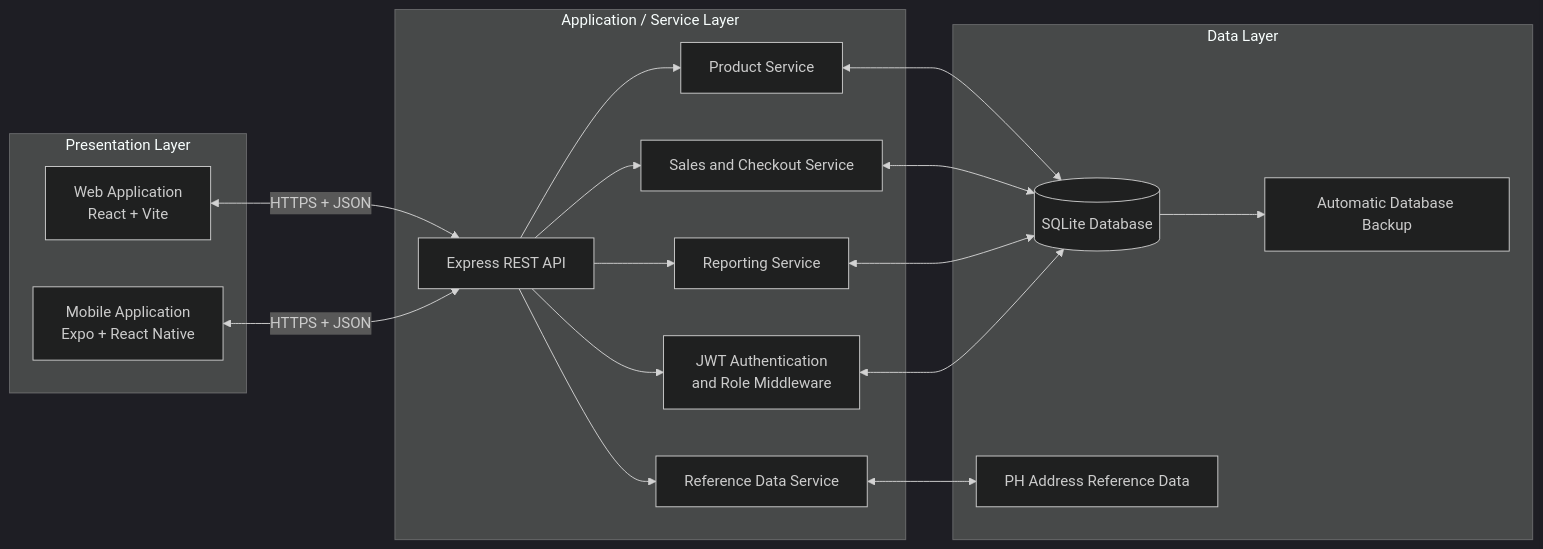
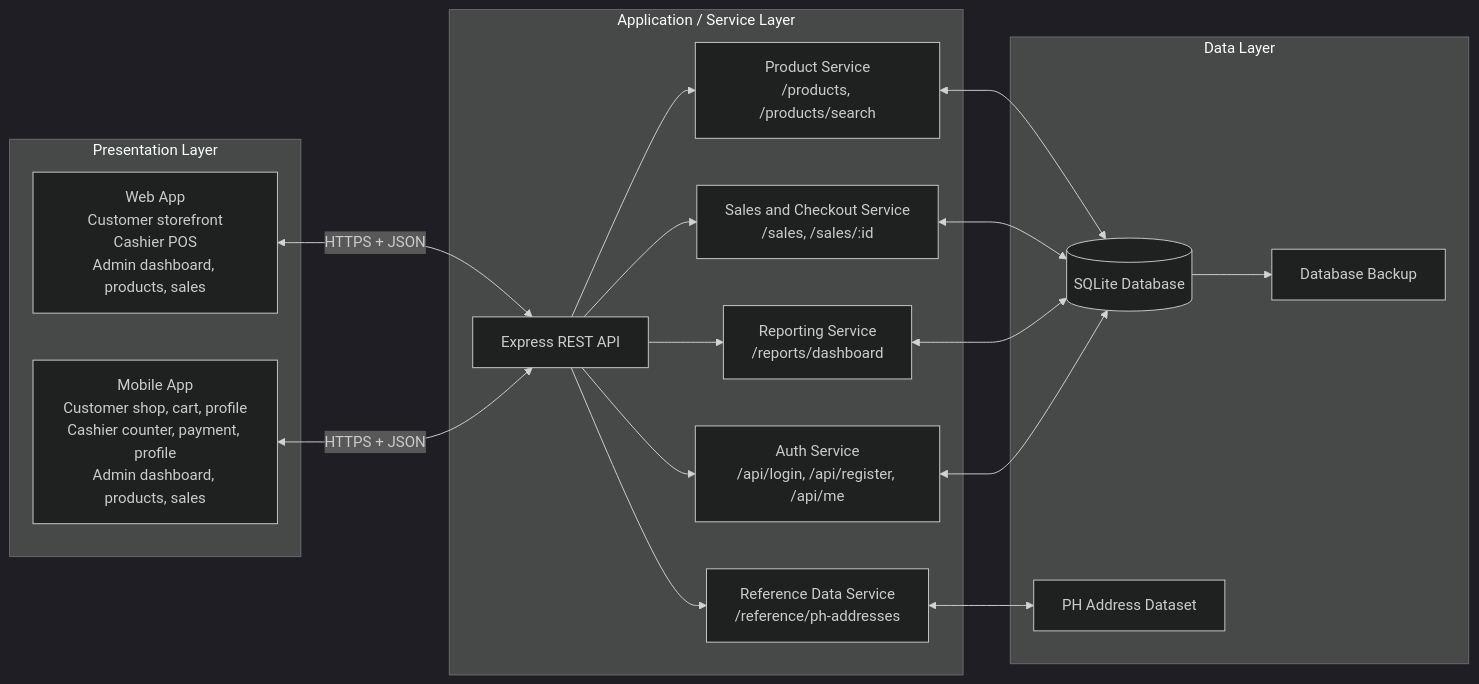
Before and after one commit to gabdomingo/pos_system: the diagram in docs/flowchart.mmd, drawn with Mermaid (dark theme). The commit also changed 107 other files, not shown here.

```diff
--- a/docs/flowchart.mmd
+++ b/docs/flowchart.mmd
@@ -1,36 +1,36 @@
 flowchart LR
     subgraph Presentation["Presentation Layer"]
-        Web["Web Application\nReact + Vite"]
-        Mobile["Mobile Application\nExpo + React Native"]
+        Web["Web App\nCustomer storefront\nCashier POS\nAdmin dashboard, products, sales"]
+        Mobile["Mobile App\nCustomer shop, cart, profile\nCashier counter, payment, profile\nAdmin dashboard, products, sales"]
     end
 
     subgraph Services["Application / Service Layer"]
         API["Express REST API"]
-        Auth["JWT Authentication\nand Role Middleware"]
-        Product["Product Service"]
-        Sale["Sales and Checkout Service"]
-        Report["Reporting Service"]
-        Ref["Reference Data Service"]
+        Auth["Auth Service\n/api/login, /api/register, /api/me"]
+        Product["Product Service\n/products, /products/search"]
+        Sale["Sales and Checkout Service\n/sales, /sales/:id"]
+        Report["Reporting Service\n/reports/dashboard"]
+        Ref["Reference Data Service\n/reference/ph-addresses"]
     end
 
     subgraph Data["Data Layer"]
         DB[("SQLite Database")]
-        Addr["PH Address Reference Data"]
-        Backup["Automatic Database Backup"]
+        Addr["PH Address Dataset"]
+        Backup["Database Backup"]
     end
 
     Web <--> |HTTPS + JSON| API
     Mobile <--> |HTTPS + JSON| API
 
     API --> Auth
     API --> Product
     API --> Sale
     API --> Report
     API --> Ref
 
     Product <--> DB
     Sale <--> DB
     Report <--> DB
     Auth <--> DB
     Ref <--> Addr
     DB --> Backup
```
